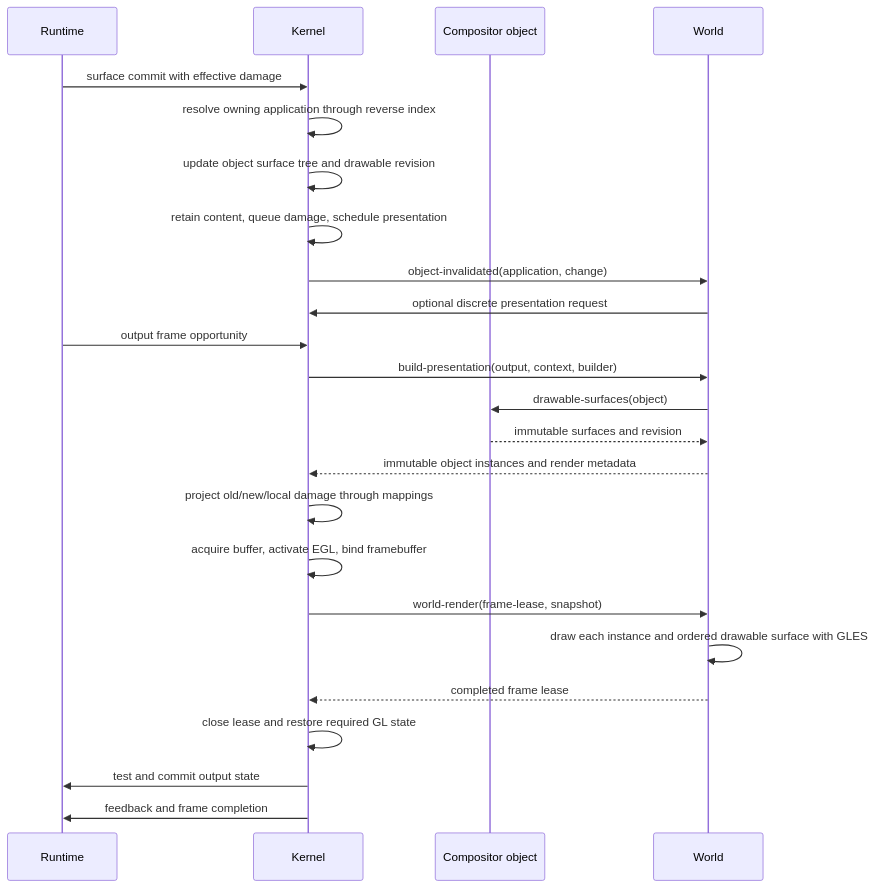
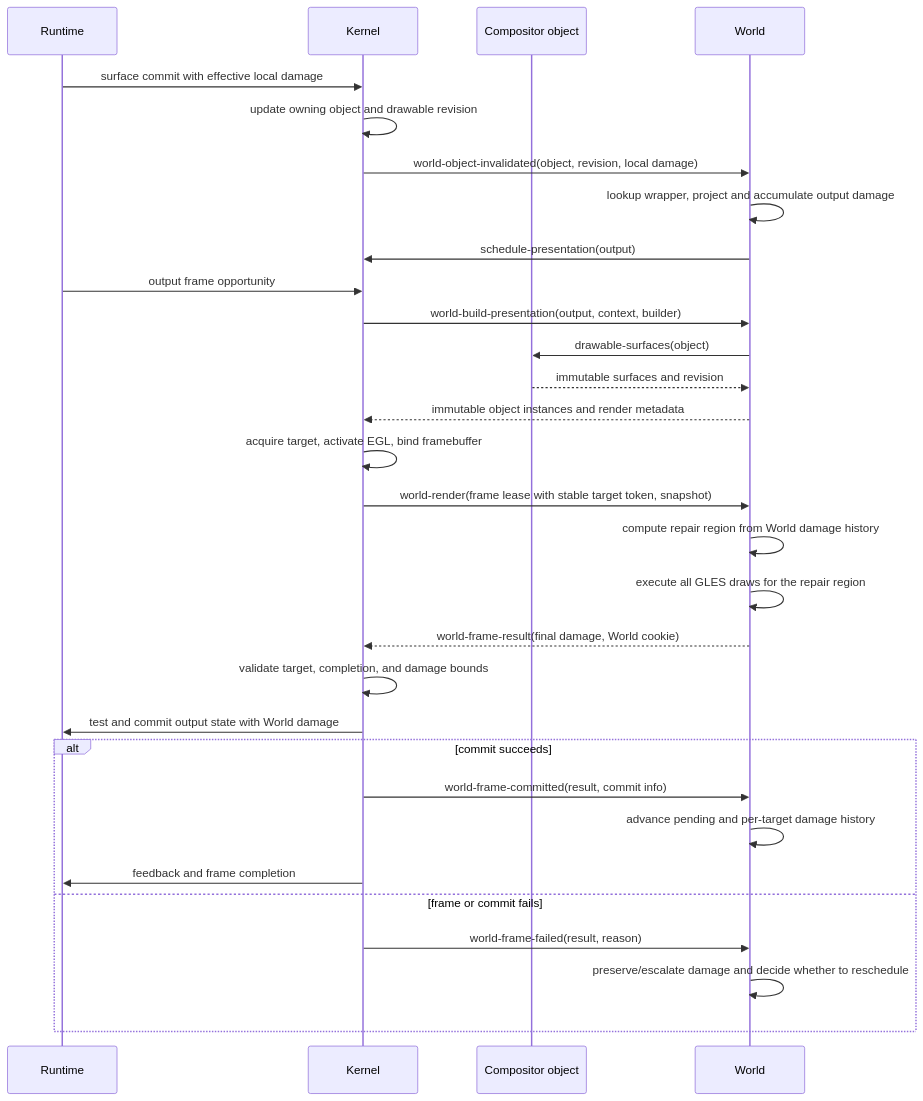
Before and after one commit to SeungheonOh/ataxia: the fourth of 4 diagrams in docs/POST-RUNTIME-REDESIGN-PLAN.md, drawn with Mermaid. The commit also changed other lines of this file, not shown here.

Commit message:
docs: make world own object state and damage

````diff
--- a/docs/POST-RUNTIME-REDESIGN-PLAN.md
+++ b/docs/POST-RUNTIME-REDESIGN-PLAN.md
@@ -700,27 +865,33 @@
 ```mermaid
 sequenceDiagram
     participant R as Runtime
     participant K as Kernel
     participant O as Compositor object
     participant W as World
 
-    R->>K: surface commit with effective damage
-    K->>K: resolve owning application through reverse index
-    K->>K: update object surface tree and drawable revision
-    K->>K: retain content, queue damage, schedule presentation
-    K->>W: object-invalidated(application, change)
-    W->>K: optional discrete presentation request
+    R->>K: surface commit with effective local damage
+    K->>K: update owning object and drawable revision
+    K->>W: world-object-invalidated(object, revision, local damage)
+    W->>W: lookup wrapper, project and accumulate output damage
+    W->>K: schedule-presentation(output)
     R->>K: output frame opportunity
-    K->>W: build-presentation(output, context, builder)
+    K->>W: world-build-presentation(output, context, builder)
     W->>O: drawable-surfaces(object)
     O-->>W: immutable surfaces and revision
     W-->>K: immutable object instances and render metadata
-    K->>K: project old/new/local damage through mappings
-    K->>K: acquire buffer, activate EGL, bind framebuffer
-    K->>W: world-render(frame-lease, snapshot)
-    W->>W: draw each instance and ordered drawable surface with GLES
-    W-->>K: completed frame lease
-    K->>K: close lease and restore required GL state
-    K->>R: test and commit output state
-    K->>R: feedback and frame completion
+    K->>K: acquire target, activate EGL, bind framebuffer
+    K->>W: world-render(frame lease with stable target token, snapshot)
+    W->>W: compute repair region from World damage history
+    W->>W: execute all GLES draws for the repair region
+    W-->>K: world-frame-result(final damage, World cookie)
+    K->>K: validate target, completion, and damage bounds
+    K->>R: test and commit output state with World damage
+    alt commit succeeds
+        K->>W: world-frame-committed(result, commit info)
+        W->>W: advance pending and per-target damage history
+        K->>R: feedback and frame completion
+    else frame or commit fails
+        K->>W: world-frame-failed(result, reason)
+        W->>W: preserve/escalate damage and decide whether to reschedule
+    end
 ```
````
